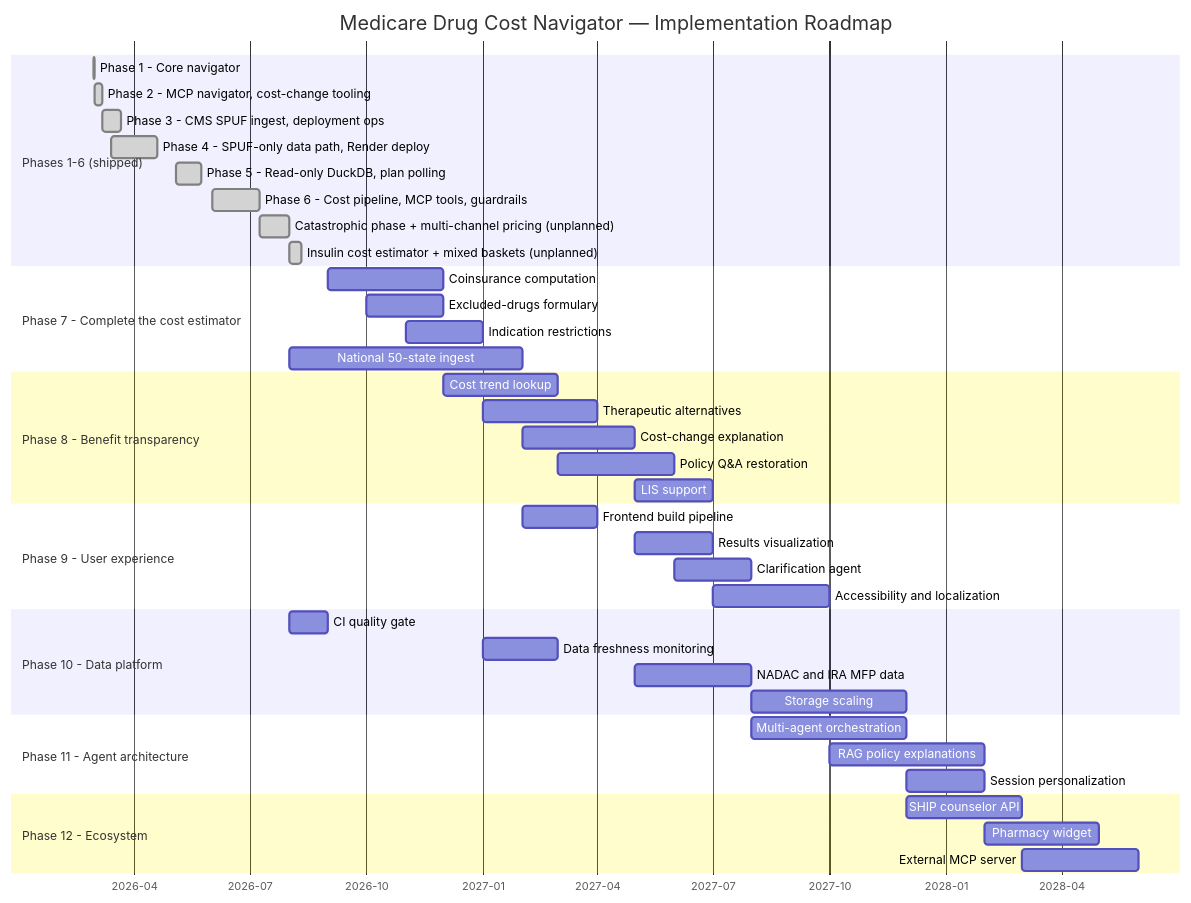
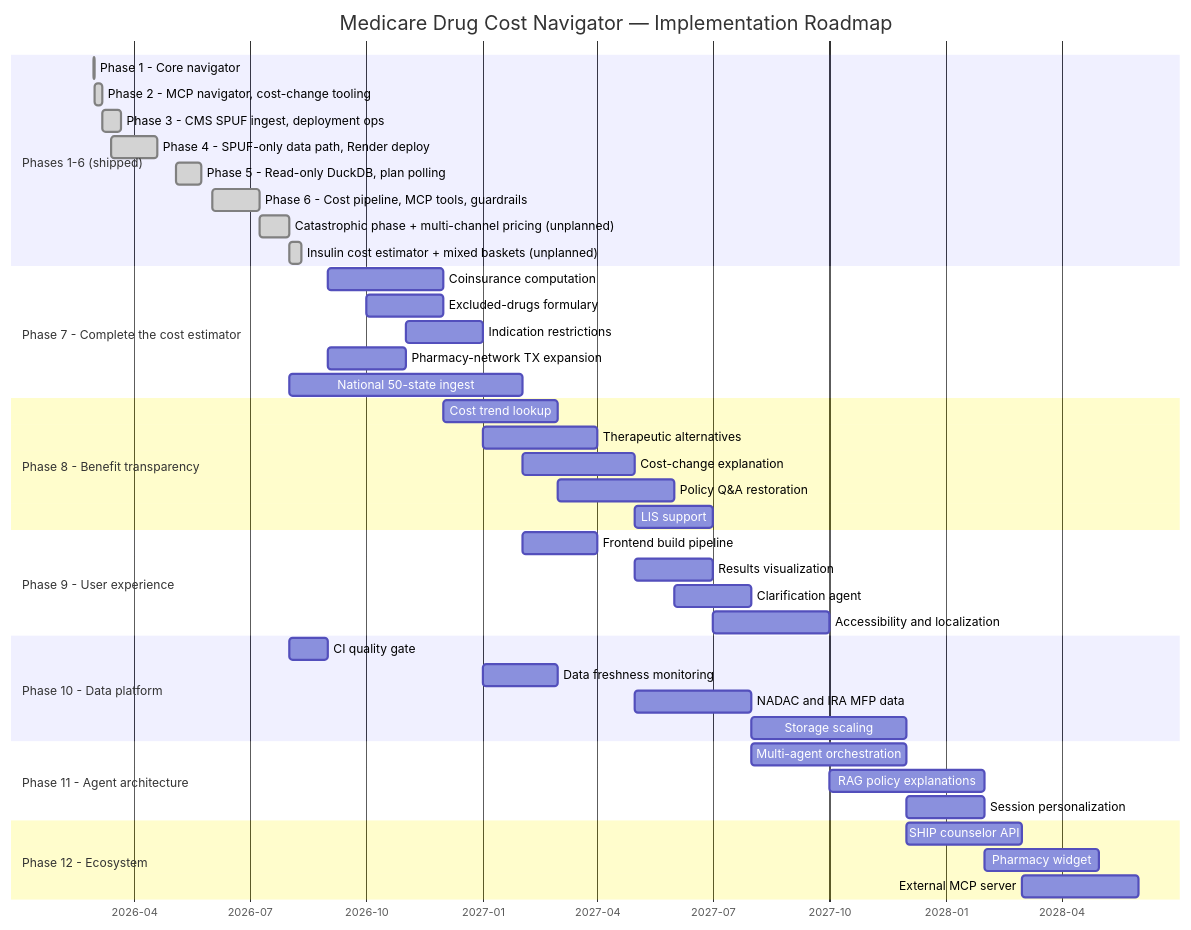
One commit to SreeCodes2021/Medicare-drug-cost-navigator changed the fourth of 4 diagrams in docs/business-solution.md. Above: the diagram before and after it, drawn with Mermaid. The commit also changed other lines of this file, not shown here.

````diff
--- a/docs/business-solution.md
+++ b/docs/business-solution.md
@@ -702,51 +727,52 @@
 ```mermaid
 gantt
     title Medicare Drug Cost Navigator — Implementation Roadmap
     dateFormat YYYY-MM-DD
     axisFormat %Y-%m
 
     section Phases 1-6 (shipped)
     Phase 1 - Core navigator                       :done, p1, 2026-02-28, 2026-03-01
     Phase 2 - MCP navigator, cost-change tooling    :done, p2, 2026-03-01, 2026-03-07
     Phase 3 - CMS SPUF ingest, deployment ops       :done, p3, 2026-03-07, 2026-03-22
     Phase 4 - SPUF-only data path, Render deploy    :done, p4, 2026-03-14, 2026-04-19
     Phase 5 - Read-only DuckDB, plan polling        :done, p5, 2026-05-04, 2026-05-24
     Phase 6 - Cost pipeline, MCP tools, guardrails  :done, p6, 2026-06-02, 2026-07-09
     Catastrophic phase + multi-channel pricing (unplanned) :done, p6b, 2026-07-09, 2026-08-01
     Insulin cost estimator + mixed baskets (unplanned) :done, p6c, 2026-08-01, 2026-08-11
 
     section Phase 7 - Complete the cost estimator
     Coinsurance computation              :p7c, 2026-09-01, 2026-12-01
     Excluded-drugs formulary             :p7d, 2026-10-01, 2026-12-01
     Indication restrictions              :p7e, 2026-11-01, 2027-01-01
+    Pharmacy-network TX expansion        :p7g, 2026-09-01, 2026-11-01
     National 50-state ingest             :p7f, 2026-08-01, 2027-02-01
 
     section Phase 8 - Benefit transparency
     Cost trend lookup                    :p8a, 2026-12-01, 2027-03-01
     Therapeutic alternatives             :p8b, 2027-01-01, 2027-04-01
     Cost-change explanation              :p8c, 2027-02-01, 2027-05-01
     Policy Q&A restoration               :p8d, 2027-03-01, 2027-06-01
     LIS support                          :p8e, 2027-05-01, 2027-07-01
 
     section Phase 9 - User experience
     Frontend build pipeline              :p9a, 2027-02-01, 2027-04-01
     Results visualization                :p9b, 2027-05-01, 2027-07-01
     Clarification agent                  :p9c, 2027-06-01, 2027-08-01
     Accessibility and localization       :p9d, 2027-07-01, 2027-10-01
 
     section Phase 10 - Data platform
     CI quality gate                      :p10a, 2026-08-01, 2026-09-01
     Data freshness monitoring            :p10b, 2027-01-01, 2027-03-01
     NADAC and IRA MFP data               :p10c, 2027-05-01, 2027-08-01
     Storage scaling                      :p10d, 2027-08-01, 2027-12-01
 
     section Phase 11 - Agent architecture
     Multi-agent orchestration            :p11a, 2027-08-01, 2027-12-01
     RAG policy explanations              :p11b, 2027-10-01, 2028-02-01
     Session personalization              :p11c, 2027-12-01, 2028-02-01
 
     section Phase 12 - Ecosystem
     SHIP counselor API                   :p12a, 2027-12-01, 2028-03-01
     Pharmacy widget                      :p12b, 2028-02-01, 2028-05-01
     External MCP server                  :p12c, 2028-03-01, 2028-06-01
 ```
````
